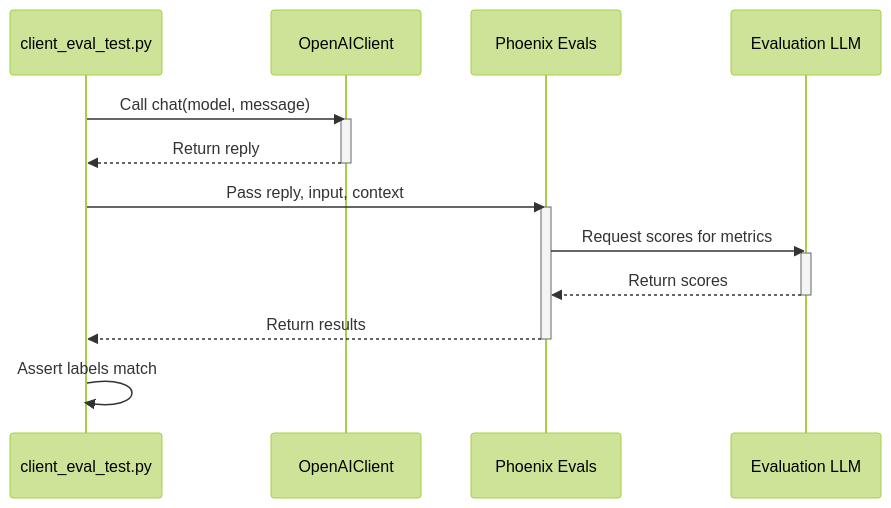
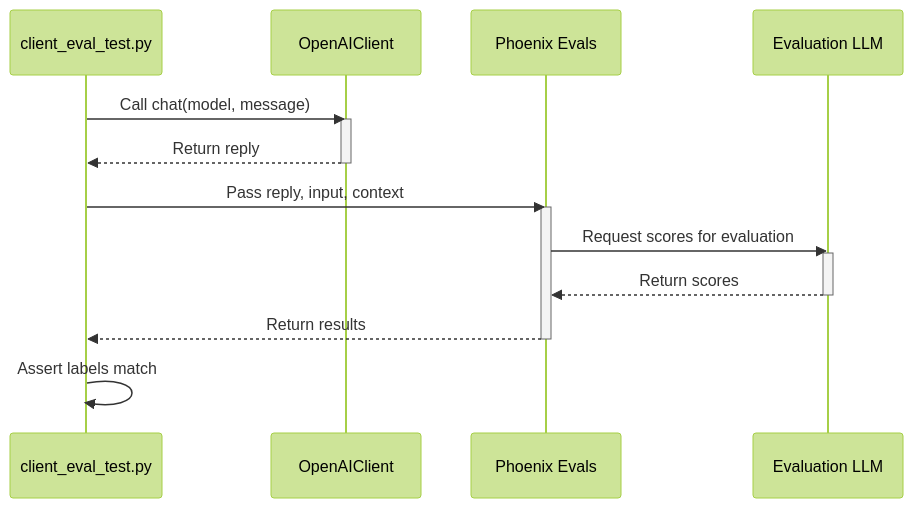
The diagram in 07-eval/README.md (elastic/testing-genai-applications), drawn with Mermaid (forest theme) before and after one commit. The commit also changed other lines of this file and 1 other file, not shown here.

````diff
--- a/07-eval/README.md
+++ b/07-eval/README.md
@@ -8,21 +8,21 @@
 ```mermaid
 sequenceDiagram
     participant Test as client_eval_test.py
     participant Client as OpenAIClient
     participant Phoenix Evals
     participant LLM as Evaluation LLM
 
     Test ->> Client: Call chat(model, message)
     activate Client
     Client -->> Test: Return reply
     deactivate Client
     Test ->> Phoenix Evals: Pass reply, input, context
     activate Phoenix Evals
-    Phoenix Evals ->> LLM: Request scores for metrics
+    Phoenix Evals ->> LLM: Request scores for evaluation
     activate LLM
     LLM -->> Phoenix Evals: Return scores
     deactivate LLM
     Phoenix Evals -->> Test: Return results
     deactivate Phoenix Evals
     Test ->> Test: Assert labels match
 ```
````
